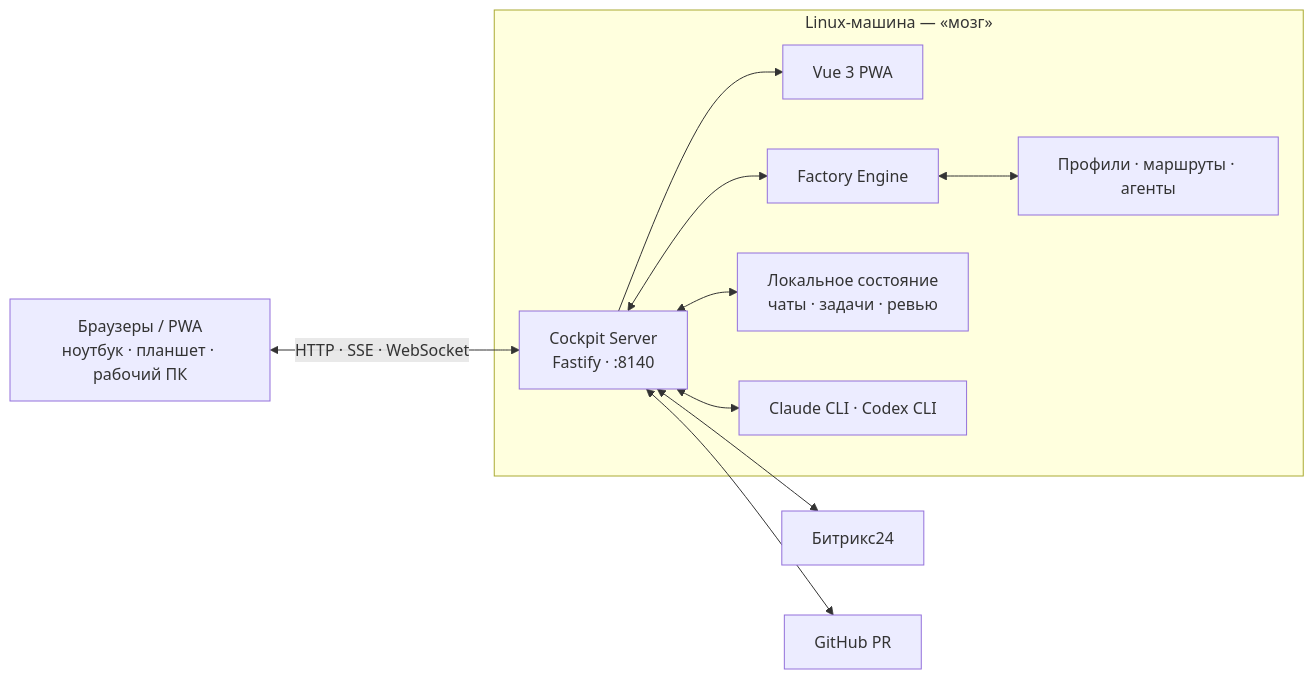
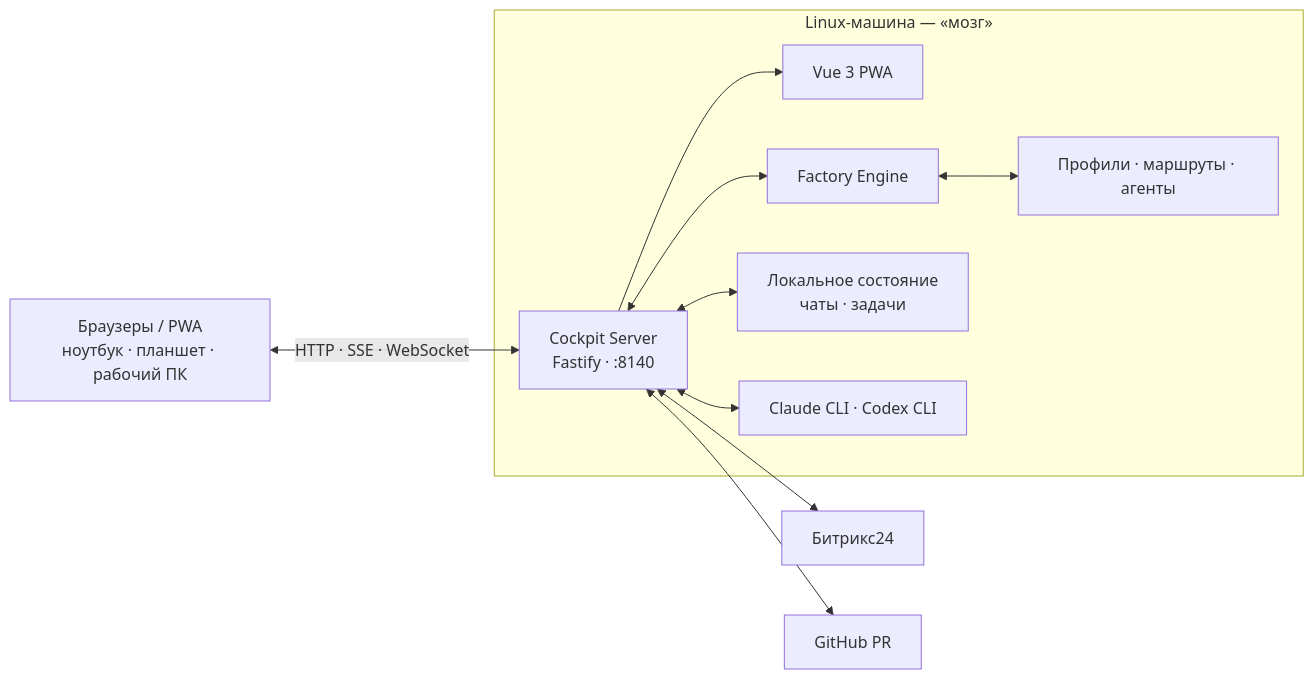
The diagram in README.md (EvilDevRu/grigdesk), drawn with Mermaid before and after one commit. The commit also changed other lines of this file and 223 other files, not shown here.

````diff
--- a/README.md
+++ b/README.md
@@ -40,22 +39,22 @@
 ```mermaid
 flowchart LR
     Clients["Браузеры / PWA<br/>ноутбук · планшет · рабочий ПК"]
 
     subgraph Brain["Linux-машина — «мозг»"]
         Server["Cockpit Server<br/>Fastify · :8140"]
         Web["Vue 3 PWA"]
         Engine["Factory Engine"]
         Profiles["Профили · маршруты · агенты"]
-        State["Локальное состояние<br/>чаты · задачи · ревью"]
+        State["Локальное состояние<br/>чаты · задачи"]
         CLI["Claude CLI · Codex CLI"]
     end
 
     Clients <-->|HTTP · SSE · WebSocket| Server
     Server --> Web
     Server <--> Engine
     Engine <--> Profiles
     Server <--> State
     Server <--> CLI
     Server <--> B24["Битрикс24"]
     Server <--> GitHub["GitHub PR"]
 ```
````
